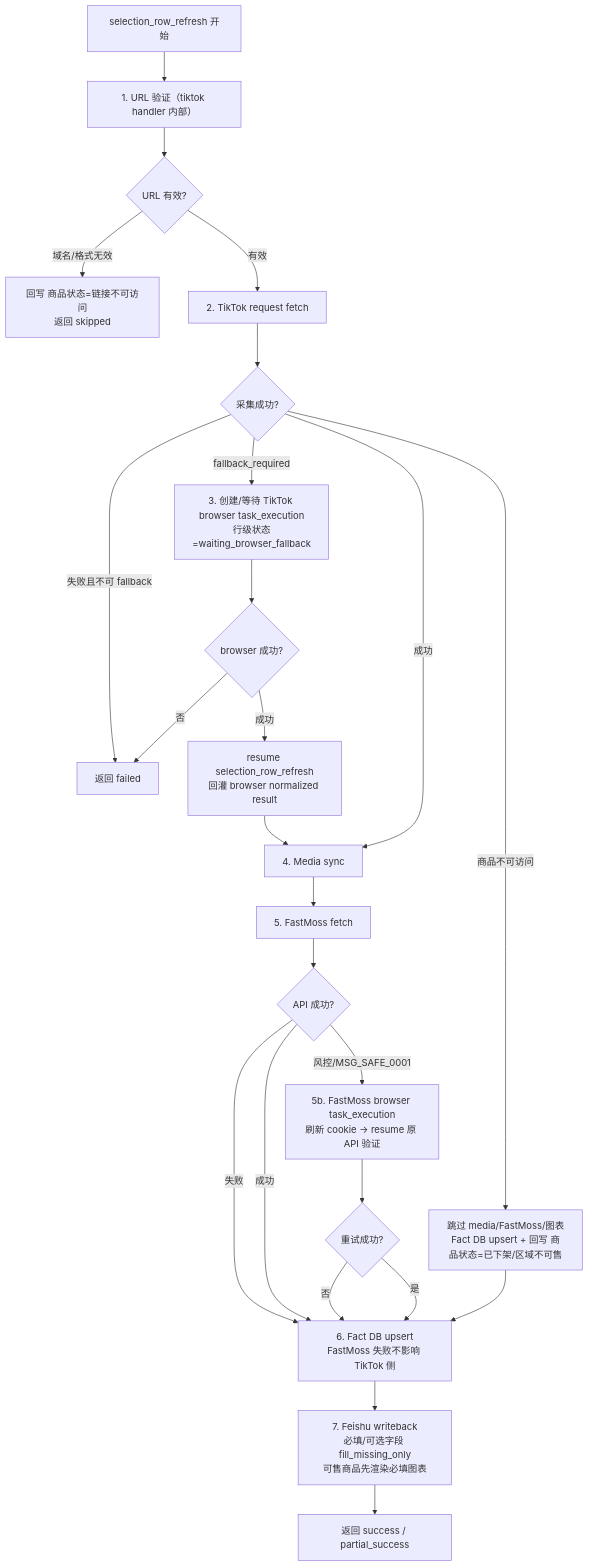
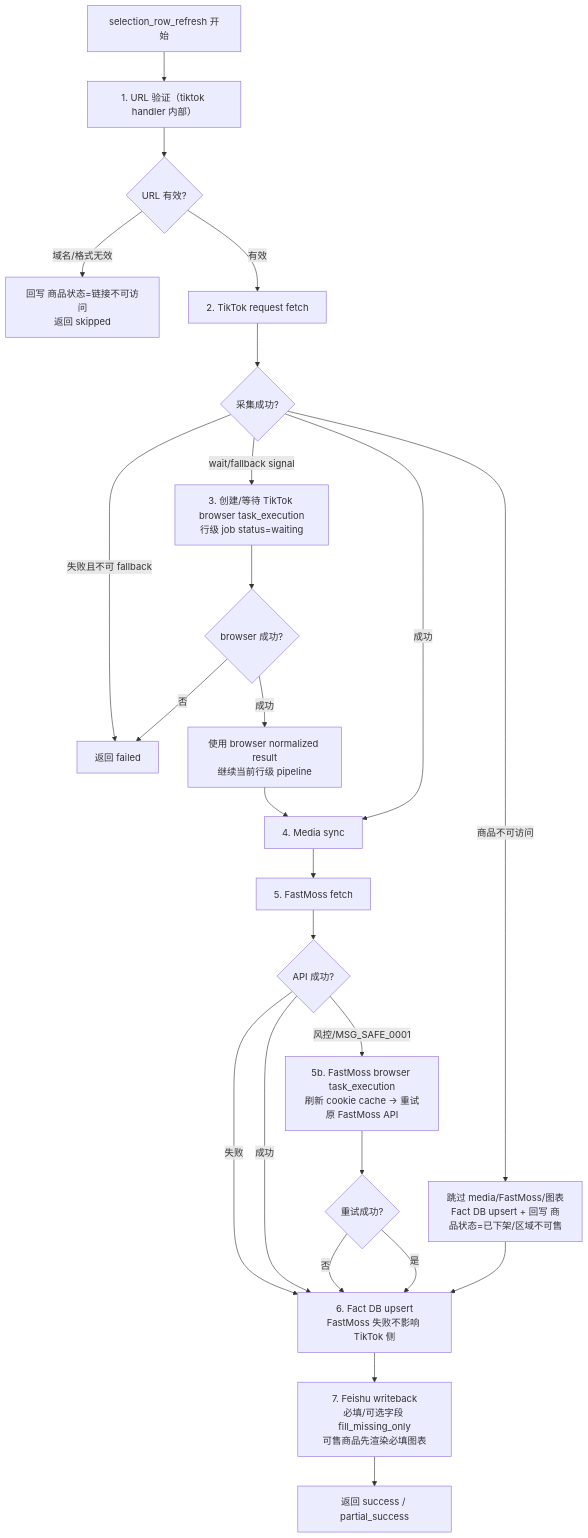
The second of 5 diagrams in docs/arch/workflow-selection-table-design.md (knighterrantsky/mujitask), drawn with Mermaid before and after one commit. The commit also changed other lines of this file and 89 other files, not shown here.

Commit message:
refactor(runtime): remove resume fallback stages

````diff
--- a/docs/arch/workflow-selection-table-design.md
+++ b/docs/arch/workflow-selection-table-design.md
@@ -67,27 +67,27 @@
 ```mermaid
 flowchart TD
     A["selection_row_refresh 开始"] --> B["1. URL 验证（tiktok handler 内部）"]
     B --> B1{"URL 有效?"}
     B1 -->|域名/格式无效| B2["回写 商品状态=链接不可访问<br/>返回 skipped"]
     B1 -->|有效| C["2. TikTok request fetch"]
     C --> C1{"采集成功?"}
-    C1 -->|fallback_required| D["3. 创建/等待 TikTok browser task_execution<br/>行级状态=waiting_browser_fallback"]
+    C1 -->|wait/fallback signal| D["3. 创建/等待 TikTok browser task_execution<br/>行级 job status=waiting"]
     D --> D1{"browser 成功?"}
     D1 -->|否| D2["返回 failed"]
     C1 -->|失败且不可 fallback| D2
     C1 -->|成功| E["4. Media sync"]
-    D1 -->|成功| D3["resume selection_row_refresh<br/>回灌 browser normalized result"]
+    D1 -->|成功| D3["使用 browser normalized result<br/>继续当前行级 pipeline"]
     D3 --> E
     C1 -->|商品不可访问| C2["跳过 media/FastMoss/图表<br/>Fact DB upsert + 回写 商品状态=已下架/区域不可售"]
     C2 --> G
     E --> F["5. FastMoss fetch"]
     F --> F1{"API 成功?"}
-    F1 -->|风控/MSG_SAFE_0001| F2["5b. FastMoss browser task_execution<br/>刷新 cookie → resume 原 API 验证"]
+    F1 -->|风控/MSG_SAFE_0001| F2["5b. FastMoss browser task_execution<br/>刷新 cookie cache → 重试原 FastMoss API"]
     F2 --> F3{"重试成功?"}
     F3 -->|是| G
     F3 -->|否| G["6. Fact DB upsert<br/>FastMoss 失败不影响 TikTok 侧"]
     F1 -->|成功| G
     F1 -->|失败| G
     G --> H["7. Feishu writeback<br/>必填/可选字段 fill_missing_only<br/>可售商品先渲染必填图表"]
     H --> I["返回 success / partial_success"]
 ```
````
